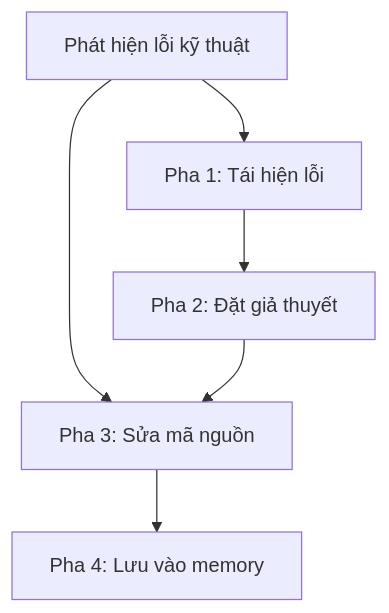
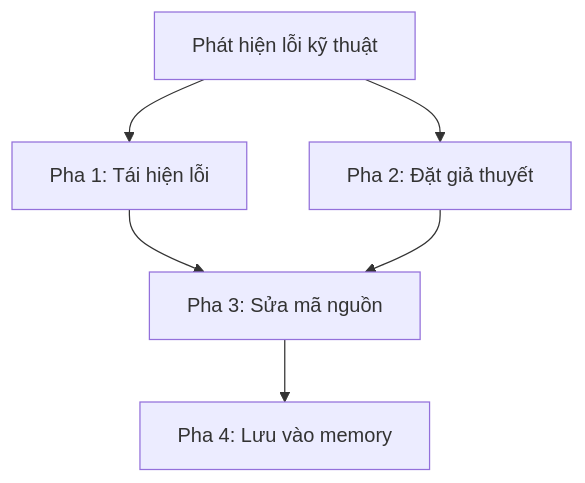
The fifth of 6 diagrams in content/posts/toan-tap-coding-friend-ai-engineering.md (nguyengoctin/my_website), drawn with Mermaid before and after one commit. The commit also changed 5 other files, not shown here.

````diff
--- a/content/posts/toan-tap-coding-friend-ai-engineering.md
+++ b/content/posts/toan-tap-coding-friend-ai-engineering.md
@@ -161,13 +161,13 @@
 ```mermaid
 flowchart TD
     Bug["`Phát hiện lỗi kỹ thuật`"]
     Step1["`Pha 1: Tái hiện lỗi`"]
     Step2["`Pha 2: Đặt giả thuyết`"]
     Step3["`Pha 3: Sửa mã nguồn`"]
     Step4["`Pha 4: Lưu vào memory`"]
     Bug --> Step1
-    Step1 --> Step2
-    Bug --> Step3
+    Bug --> Step2
+    Step1 --> Step3
     Step2 --> Step3
     Step3 --> Step4
 ```
````
